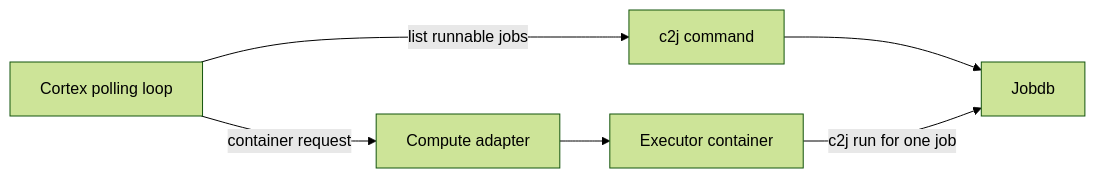
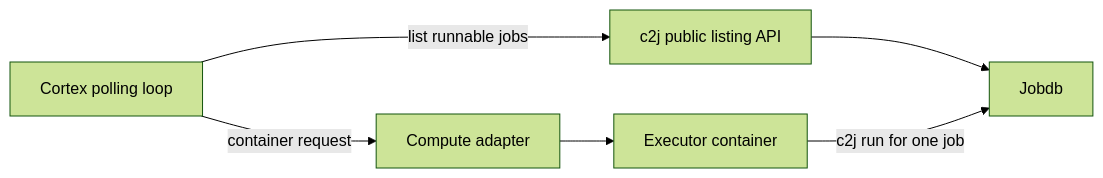
Before and after one commit to colony-2/pulse: the first of 2 diagrams in DESIGN.md, drawn with Mermaid (forest theme). The commit also changed other lines of this file and 5 other files, not shown here.

````diff
--- a/DESIGN.md
+++ b/DESIGN.md
@@ -29,8 +29,8 @@
 ```mermaid
 flowchart LR
-    C[Cortex polling loop] -->|list runnable jobs| L[c2j command]
+    C[Cortex polling loop] -->|list runnable jobs| L[c2j public listing API]
     L --> J[Jobdb]
     C -->|container request| P[Compute adapter]
     P --> E[Executor container]
     E -->|c2j run for one job| J
 ```
````
